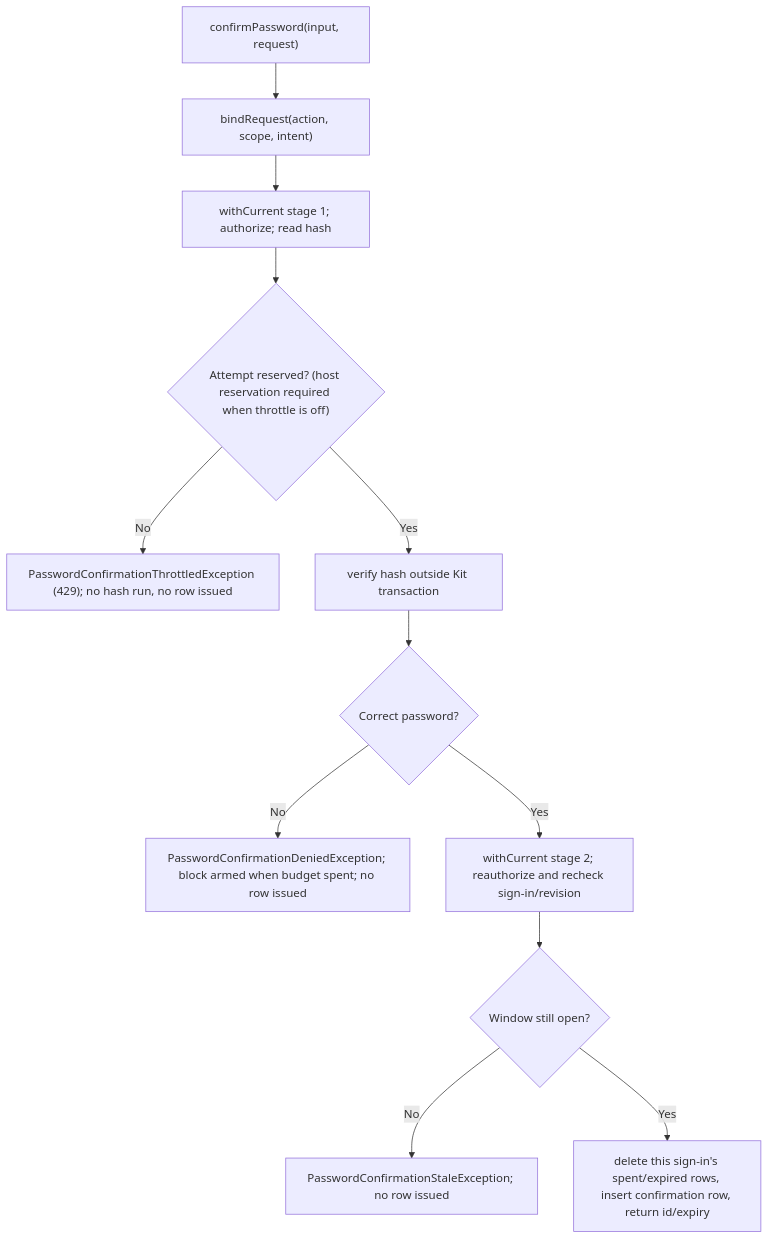
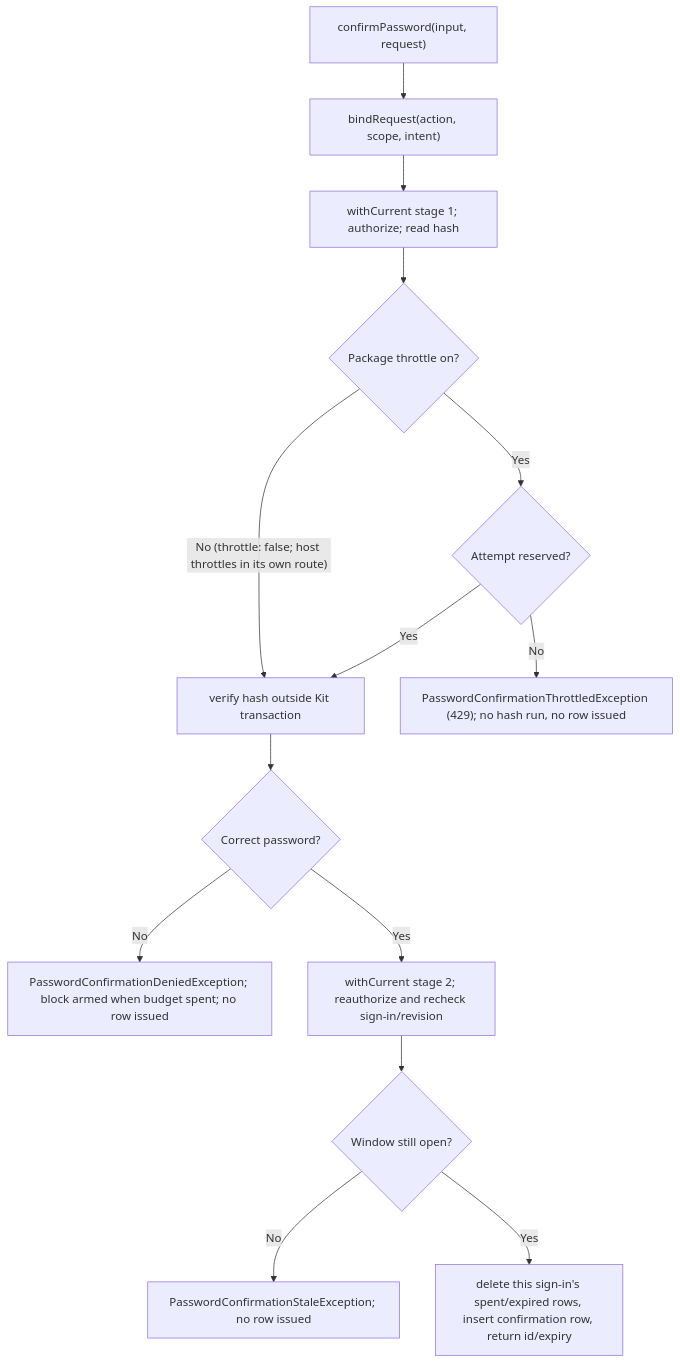
One commit to Kevinjohn/oss-adonisjs-confirm-action-with-password changed the second of 2 diagrams in user-stories/US-CONFIRM-01-issue-confirmation.md. Above: the diagram before and after it, drawn with Mermaid. The commit also changed 3 other files, not shown here.

````diff
--- a/user-stories/US-CONFIRM-01-issue-confirmation.md
+++ b/user-stories/US-CONFIRM-01-issue-confirmation.md
@@ -36,14 +36,16 @@
 ```mermaid
 flowchart TD
     A["confirmPassword(input, request)"] --> B["bindRequest(action, scope, intent)"]
     B --> C["withCurrent stage 1; authorize; read hash"]
-    C --> D{"Attempt reserved? (host reservation required when throttle is off)"}
+    C --> T{"Package throttle on?"}
+    T -->|"No (throttle: false; host throttles in its own route)"| E["verify hash outside Kit transaction"]
+    T -->|Yes| D{"Attempt reserved?"}
     D -->|No| D2["PasswordConfirmationThrottledException (429); no hash run, no row issued"]
-    D -->|Yes| E["verify hash outside Kit transaction"]
+    D -->|Yes| E
     E --> F{"Correct password?"}
     F -->|No| G["PasswordConfirmationDeniedException; block armed when budget spent; no row issued"]
     F -->|Yes| H["withCurrent stage 2; reauthorize and recheck sign-in/revision"]
     H --> I{"Window still open?"}
     I -->|No| J["PasswordConfirmationStaleException; no row issued"]
     I -->|Yes| K["delete this sign-in's spent/expired rows, insert confirmation row, return id/expiry"]
 ```
````
